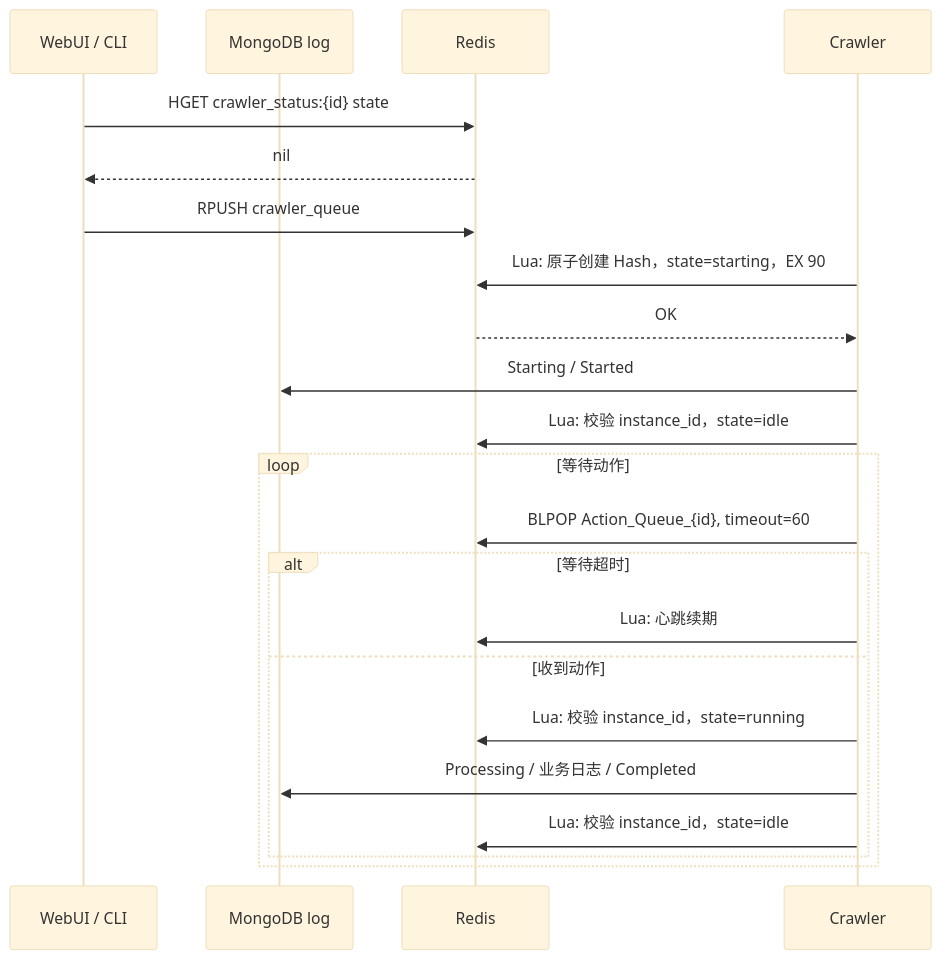
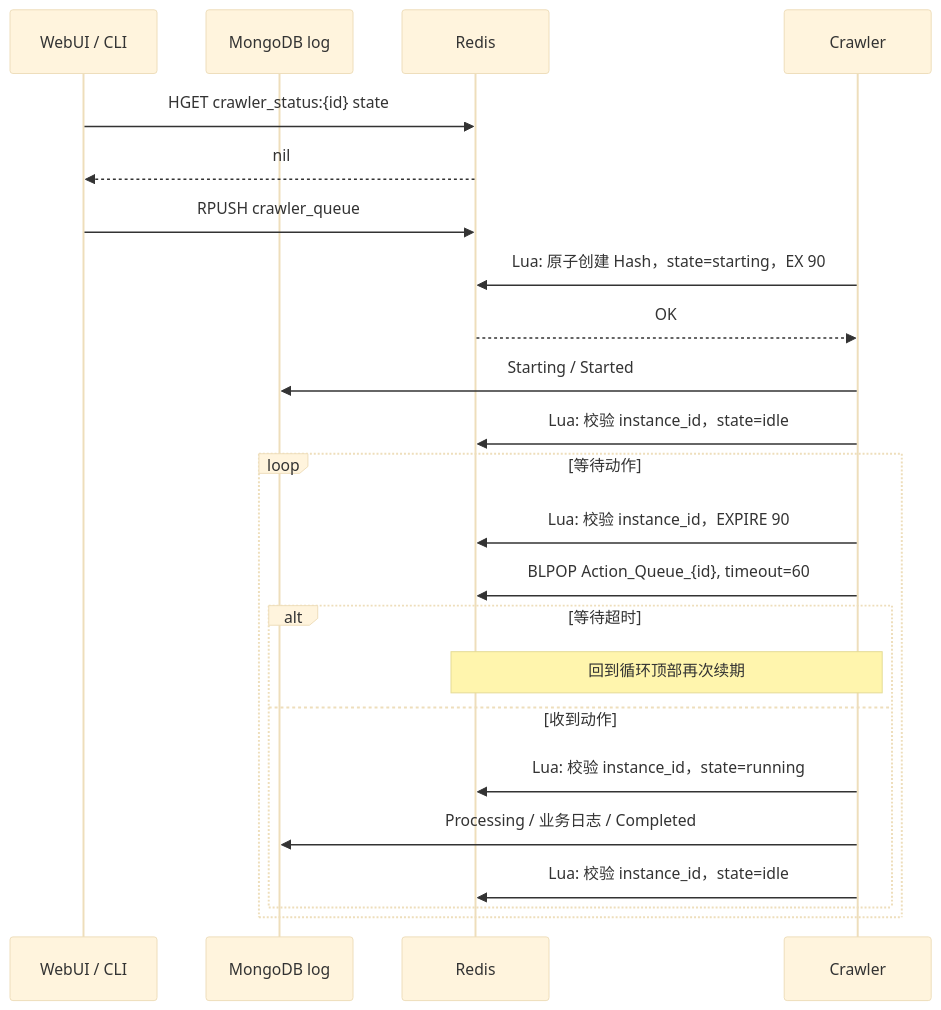
Before and after one commit to g-Ironfox/rainbowow: the third of 3 diagrams in docs/crawler-status-design.md, drawn with Mermaid (base theme). The commit also changed other lines of this file and 7 other files, not shown here.

````diff
--- a/docs/crawler-status-design.md
+++ b/docs/crawler-status-design.md
@@ -252,25 +260,26 @@
 ```mermaid
 sequenceDiagram
     participant UI as WebUI / CLI
     participant M as MongoDB log
     participant R as Redis
     participant C as Crawler
 
     UI->>R: HGET crawler_status:{id} state
     R-->>UI: nil
     UI->>R: RPUSH crawler_queue
     C->>R: Lua: 原子创建 Hash，state=starting，EX 90
     R-->>C: OK
     C->>M: Starting / Started
     C->>R: Lua: 校验 instance_id，state=idle
     loop 等待动作
+        C->>R: Lua: 校验 instance_id，EXPIRE 90
         C->>R: BLPOP Action_Queue_{id}, timeout=60
         alt 等待超时
-            C->>R: Lua: 心跳续期
+            Note over C,R: 回到循环顶部再次续期
         else 收到动作
             C->>R: Lua: 校验 instance_id，state=running
             C->>M: Processing / 业务日志 / Completed
             C->>R: Lua: 校验 instance_id，state=idle
         end
     end
 ```
````
